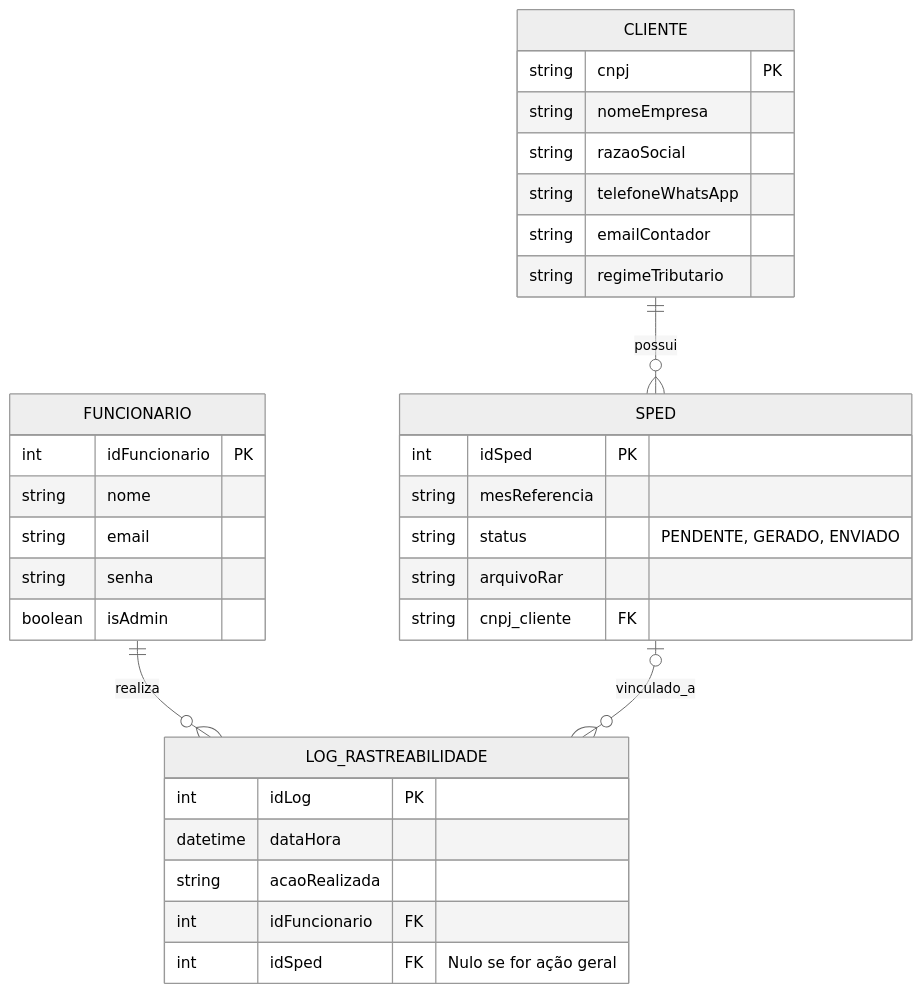
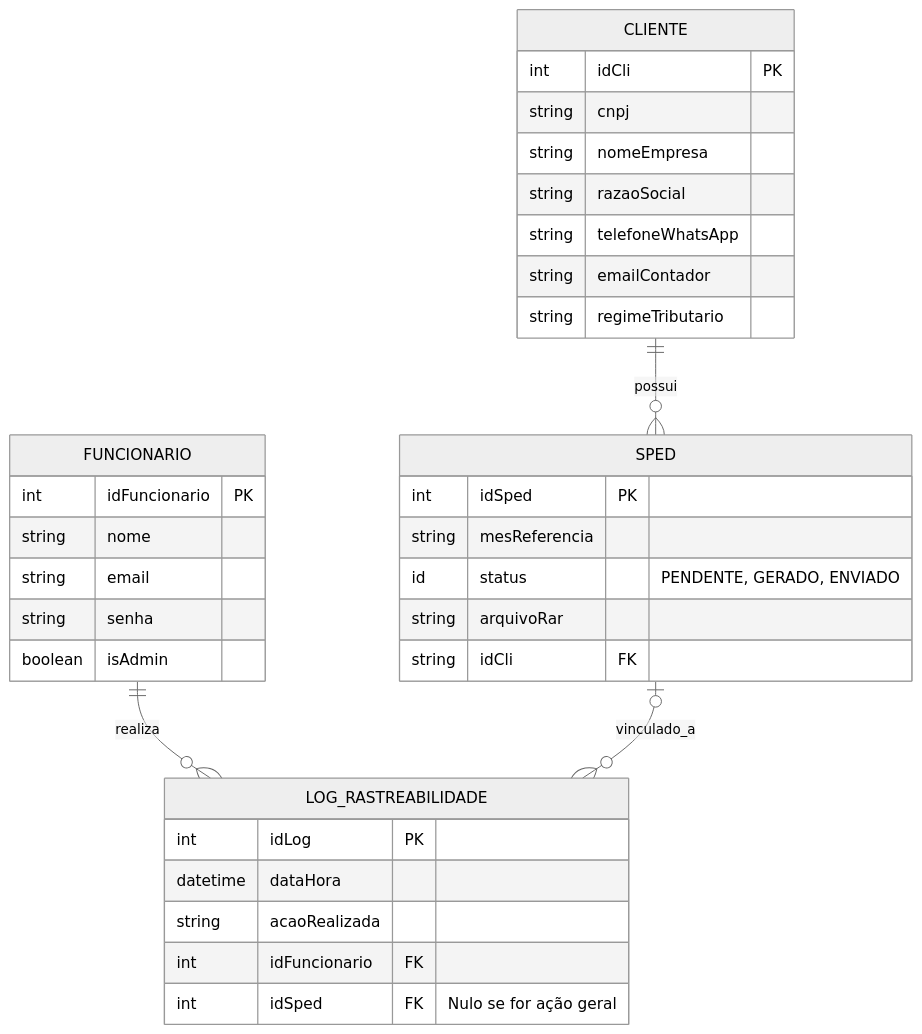
One commit to Renan988/Projeto-Engenharia-I changed the diagram in docs/doc-visao.md. Above: the diagram before and after it, drawn with Mermaid (neutral theme). The commit also changed 1 other file, not shown here.

Commit message:
docs: fix dominio dos atributos no diagrama conceitual

````diff
--- a/docs/doc-visao.md
+++ b/docs/doc-visao.md
@@ -133,39 +133,40 @@
 ```mermaid
 erDiagram
     FUNCIONARIO ||--o{ LOG_RASTREABILIDADE : "realiza"
     CLIENTE ||--o{ SPED : "possui"
     SPED |o--o{ LOG_RASTREABILIDADE : "vinculado_a"
 
     FUNCIONARIO {
         int idFuncionario PK
         string nome
         string email
         string senha
         boolean isAdmin
     }
 
     LOG_RASTREABILIDADE {
         int idLog PK
         datetime dataHora
         string acaoRealizada
         int idFuncionario FK
         int idSped FK "Nulo se for ação geral"
     }
 
     CLIENTE {
-        string cnpj PK
+        int idCli PK
+        string cnpj
         string nomeEmpresa
         string razaoSocial
         string telefoneWhatsApp
         string emailContador
         string regimeTributario
     }
 
     SPED {
         int idSped PK
         string mesReferencia
-        string status "PENDENTE, GERADO, ENVIADO"
+        id status "PENDENTE, GERADO, ENVIADO"
         string arquivoRar
-        string cnpj_cliente FK
+        string idCli FK
     }
 ```
````
